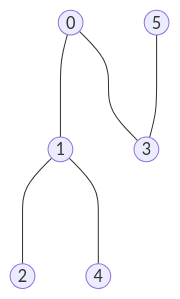
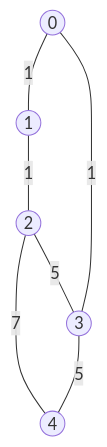
The first of 4 diagrams in README.md (sgorgun/minimum-spanning-tree-task-python), drawn with Mermaid before and after one commit. The commit also changed other lines of this file, not shown here.

````diff
--- a/README.md
+++ b/README.md
@@ -75,10 +75,10 @@
 ```mermaid
 graph TD;
-    A((0)) ---- B((1));
-    B ---- C((2));
-    A ---- D((3));
+    A((0)) -- 1 --- B((1));
+    B -- 1 --- C((2));
+    C --5--- D((3));
+    A --1---D;
     E((4));
-    F((5));
-    F ---- D;
-    B ---- E;
+    C --7--- E;
+    D --5--- E;
 ```
````
